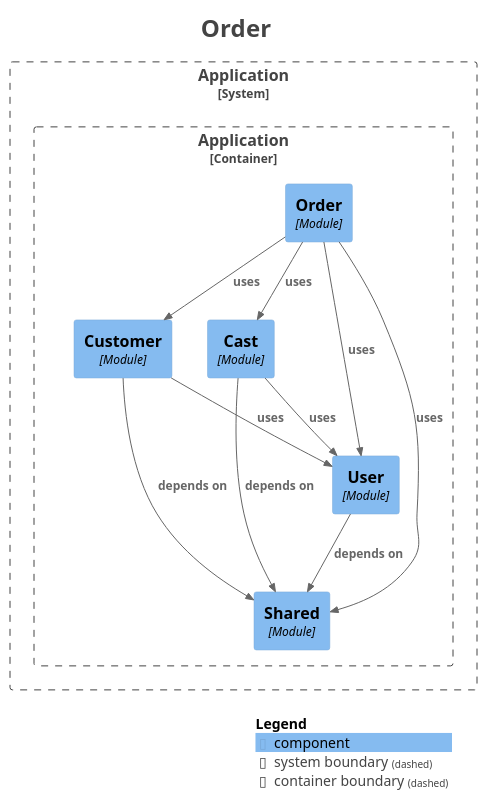
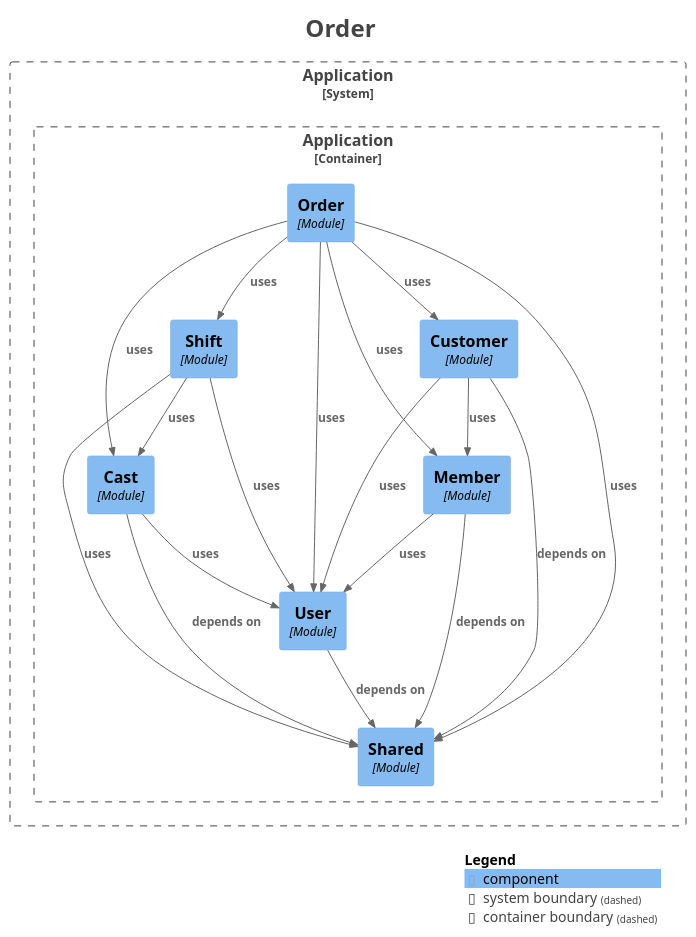
One commit to kanghouchao/Kizuna changed the diagram in backend/docs/modulith/module-order.puml. Above: the diagram before and after it, drawn with PlantUML. The commit also changed 77 other files, not shown here.

```diff
--- a/backend/docs/modulith/module-order.puml
+++ b/backend/docs/modulith/module-order.puml
@@ -1,41 +1,51 @@
 @startuml
 title <size:24>Order</size>
 
 set separator none
 top to bottom direction
 
 <style>
   root {
     BackgroundColor: #ffffff
     FontColor: #444444
   }
 </style>
 
 !include <C4/C4>
 !include <C4/C4_Context>
 !include <C4/C4_Component>
 
 System_Boundary("Application_boundary", "Application", $tags="") {
   Container_Boundary("Application.Application_boundary", "Application", $tags="") {
     Component(Application.Application.Cast, "Cast", $techn="Module", $descr="", $tags="", $link="")
     Component(Application.Application.Customer, "Customer", $techn="Module", $descr="", $tags="", $link="")
+    Component(Application.Application.Shift, "Shift", $techn="Module", $descr="", $tags="", $link="")
     Component(Application.Application.Order, "Order", $techn="Module", $descr="", $tags="", $link="")
     Component(Application.Application.Shared, "Shared", $techn="Module", $descr="", $tags="", $link="")
     Component(Application.Application.User, "User", $techn="Module", $descr="", $tags="", $link="")
+    Component(Application.Application.Member, "Member", $techn="Module", $descr="", $tags="", $link="")
   }
 
 }
 
+Rel(Application.Application.User, Application.Application.Shared, "depends on", $techn="", $tags="", $link="")
+Rel(Application.Application.Shift, Application.Application.User, "uses", $techn="", $tags="", $link="")
+Rel(Application.Application.Shift, Application.Application.Cast, "uses", $techn="", $tags="", $link="")
+Rel(Application.Application.Shift, Application.Application.Shared, "uses", $techn="", $tags="", $link="")
+Rel(Application.Application.Customer, Application.Application.Shared, "depends on", $techn="", $tags="", $link="")
+Rel(Application.Application.Customer, Application.Application.Member, "uses", $techn="", $tags="", $link="")
+Rel(Application.Application.Customer, Application.Application.User, "uses", $techn="", $tags="", $link="")
 Rel(Application.Application.Cast, Application.Application.Shared, "depends on", $techn="", $tags="", $link="")
 Rel(Application.Application.Cast, Application.Application.User, "uses", $techn="", $tags="", $link="")
-Rel(Application.Application.Customer, Application.Application.Shared, "depends on", $techn="", $tags="", $link="")
-Rel(Application.Application.Customer, Application.Application.User, "uses", $techn="", $tags="", $link="")
-Rel(Application.Application.User, Application.Application.Shared, "depends on", $techn="", $tags="", $link="")
+Rel(Application.Application.Order, Application.Application.Cast, "uses", $techn="", $tags="", $link="")
 Rel(Application.Application.Order, Application.Application.Customer, "uses", $techn="", $tags="", $link="")
-Rel(Application.Application.Order, Application.Application.Cast, "uses", $techn="", $tags="", $link="")
 Rel(Application.Application.Order, Application.Application.User, "uses", $techn="", $tags="", $link="")
+Rel(Application.Application.Order, Application.Application.Member, "uses", $techn="", $tags="", $link="")
+Rel(Application.Application.Order, Application.Application.Shift, "uses", $techn="", $tags="", $link="")
 Rel(Application.Application.Order, Application.Application.Shared, "uses", $techn="", $tags="", $link="")
+Rel(Application.Application.Member, Application.Application.Shared, "depends on", $techn="", $tags="", $link="")
+Rel(Application.Application.Member, Application.Application.User, "uses", $techn="", $tags="", $link="")
 
 SHOW_LEGEND(true)
 hide stereotypes
 @enduml
```
